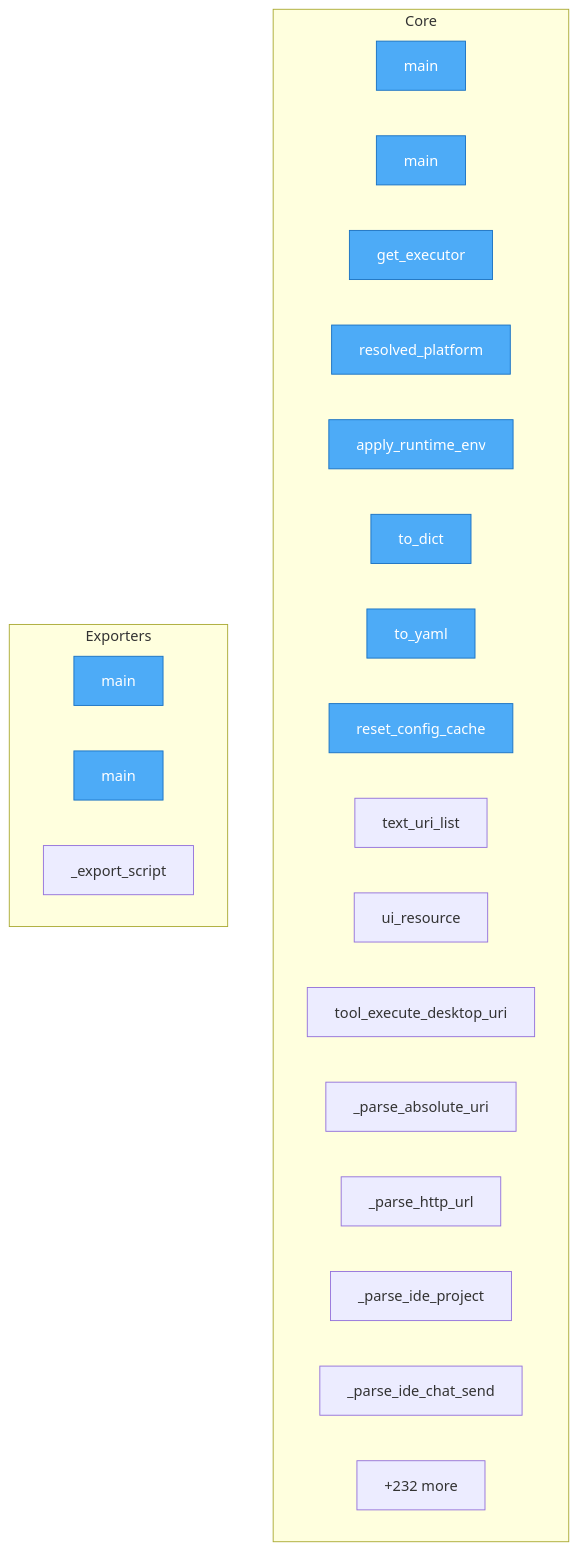
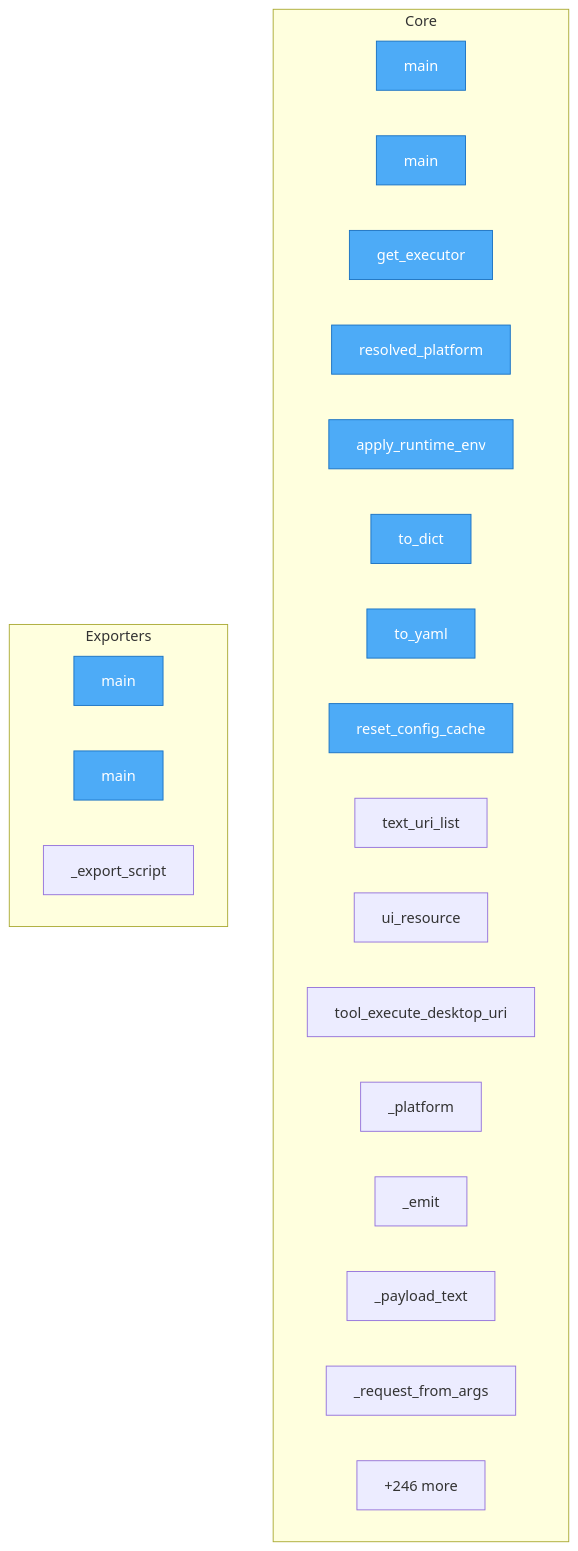
The diagram in project/flow.mmd (autogrammar/nlp2uri), drawn with Mermaid before and after one commit. The commit also changed 44 other files, not shown here.

```diff
--- a/project/flow.mmd
+++ b/project/flow.mmd
@@ -1,32 +1,32 @@
 flowchart TD
-%% generated in 0.02s
+%% generated in 0.04s
 
     %% Entry points (blue)
     classDef entry fill:#4dabf7,stroke:#1971c2,color:#fff
 
     subgraph Core
         schemas__codegen__fix_proto_imports__main["main"]
         schemas__codegen__scaffold_scheme__main["main"]
         src__nlp2uri__runtime__get_executor["get_executor"]
         src__nlp2uri__config__NLP2URIConfig__resolved_platform["resolved_platform"]
         src__nlp2uri__config__NLP2URIConfig__apply_runtime_env["apply_runtime_env"]
         src__nlp2uri__config__NLP2URIConfig__to_dict["to_dict"]
         src__nlp2uri__config__NLP2URIConfig__to_yaml["to_yaml"]
         src__nlp2uri__config__reset_config_cache["reset_config_cache"]
         src__nlp2uri__mcp__text_uri_list["text_uri_list"]
         src__nlp2uri__mcp__ui_resource["ui_resource"]
         src__nlp2uri__mcp__tool_execute_desktop_uri["tool_execute_desktop_uri"]
-        src__nlp2uri__parse_nl___parse_absolute_uri["_parse_absolute_uri"]
-        src__nlp2uri__parse_nl___parse_http_url["_parse_http_url"]
-        src__nlp2uri__parse_nl___parse_ide_project["_parse_ide_project"]
-        src__nlp2uri__parse_nl___parse_ide_chat_send["_parse_ide_chat_send"]
-        ...["+232 more"]
+        src__nlp2uri__cli___platform["_platform"]
+        src__nlp2uri__cli___emit["_emit"]
+        src__nlp2uri__cli___payload_text["_payload_text"]
+        src__nlp2uri__cli___request_from_args["_request_from_args"]
+        ...["+246 more"]
     end
 
     subgraph Exporters
         schemas__codegen__export_mcp_schemas__main["main"]
         schemas__codegen__export_driver_stubs__main["main"]
         src__nlp2uri__adapters__shell__ShellAdapter___export_script["_export_script"]
     end
 
     class schemas__codegen__fix_proto_imports__main,schemas__codegen__export_mcp_schemas__main,schemas__codegen__export_driver_stubs__main,schemas__codegen__scaffold_scheme__main,src__nlp2uri__runtime__get_executor,src__nlp2uri__config__NLP2URIConfig__resolved_platform,src__nlp2uri__config__NLP2URIConfig__apply_runtime_env,src__nlp2uri__config__NLP2URIConfig__to_dict,src__nlp2uri__config__NLP2URIConfig__to_yaml,src__nlp2uri__config__reset_config_cache entry
```
